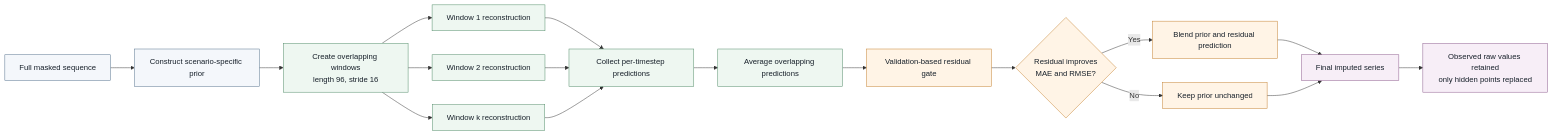
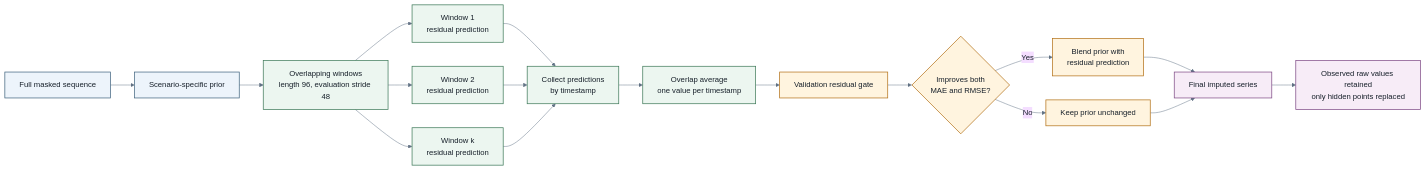
One commit to DevPrinceK/mphil changed the diagram in lvimputer/thesis/shapes/windowed_reconstruction_stitching.mmd. Above: the diagram before and after it, drawn with Mermaid. The commit also changed 43 other files, not shown here.

```diff
--- a/lvimputer/thesis/shapes/windowed_reconstruction_stitching.mmd
+++ b/lvimputer/thesis/shapes/windowed_reconstruction_stitching.mmd
@@ -1,27 +1,33 @@
 %% Figure 3.7: Windowed inference and overlap averaging
+%% Inference is windowed, stitched by overlap averaging, then filtered through a
+%% conservative residual gate before final replacement.
+%%{init: {"theme": "base", "themeVariables": {"fontFamily": "Segoe UI, Arial, sans-serif", "background": "transparent", "primaryTextColor": "#17202a", "lineColor": "#617285"}}}%%
 flowchart LR
-    A[Full masked sequence] --> B[Construct scenario-specific prior]
-    B --> C[Create overlapping windows<br/>length 96, stride 16]
-    C --> D1[Window 1 reconstruction]
-    C --> D2[Window 2 reconstruction]
-    C --> D3[Window k reconstruction]
-    D1 --> E[Collect per-timestep predictions]
+    A["Full masked sequence"] --> B["Scenario-specific prior"]
+    B --> C["Overlapping windows<br/>length 96, evaluation stride 48"]
+
+    C --> D1["Window 1<br/>residual prediction"]
+    C --> D2["Window 2<br/>residual prediction"]
+    C --> D3["Window k<br/>residual prediction"]
+
+    D1 --> E["Collect predictions<br/>by timestamp"]
     D2 --> E
     D3 --> E
-    E --> F[Average overlapping predictions]
-    F --> G[Validation-based residual gate]
-    G --> H{Residual improves<br/>MAE and RMSE?}
-    H -->|Yes| I[Blend prior and residual prediction]
-    H -->|No| J[Keep prior unchanged]
-    I --> K[Final imputed series]
+    E --> F["Overlap average<br/>one value per timestamp"]
+
+    F --> G["Validation residual gate"]
+    G --> H{"Improves both<br/>MAE and RMSE?"}
+    H -->|"Yes"| I["Blend prior with<br/>residual prediction"]
+    H -->|"No"| J["Keep prior unchanged"]
+    I --> K["Final imputed series"]
     J --> K
-    K --> L[Observed raw values retained<br/>only hidden points replaced]
+    K --> L["Observed raw values retained<br/>only hidden points replaced"]
 
-    classDef input fill:#f4f7fb,stroke:#54708c,color:#17202a;
-    classDef window fill:#eef7f1,stroke:#4f8a66,color:#17202a;
-    classDef gate fill:#fff4e6,stroke:#c47f2c,color:#17202a;
-    classDef output fill:#f7eef7,stroke:#8b5a8c,color:#17202a;
+    classDef input fill:#edf4fb,stroke:#42647f,stroke-width:1.5px,color:#17202a;
+    classDef window fill:#ecf6f0,stroke:#3f7a5a,stroke-width:1.5px,color:#17202a;
+    classDef gate fill:#fff4df,stroke:#b37219,stroke-width:1.5px,color:#17202a;
+    classDef output fill:#f7ecf7,stroke:#7f4b86,stroke-width:1.5px,color:#17202a;
     class A,B input;
     class C,D1,D2,D3,E,F window;
     class G,H,I,J gate;
     class K,L output;
```
